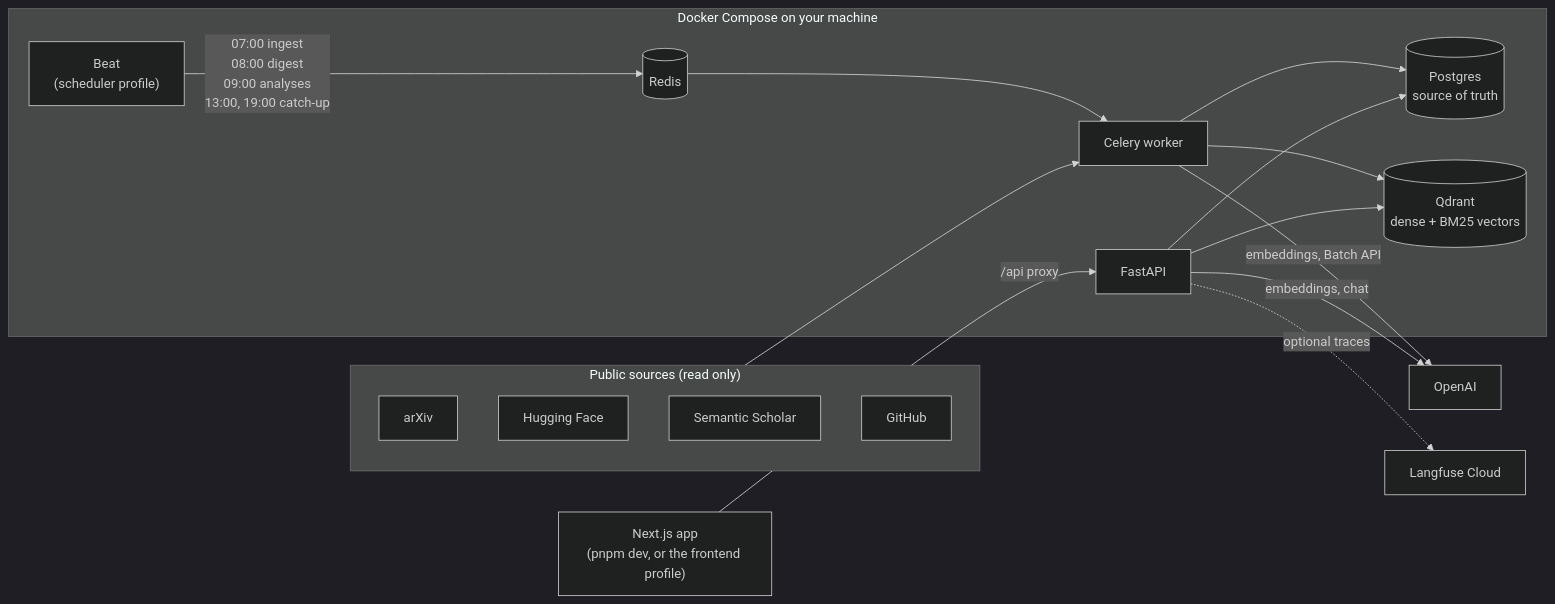
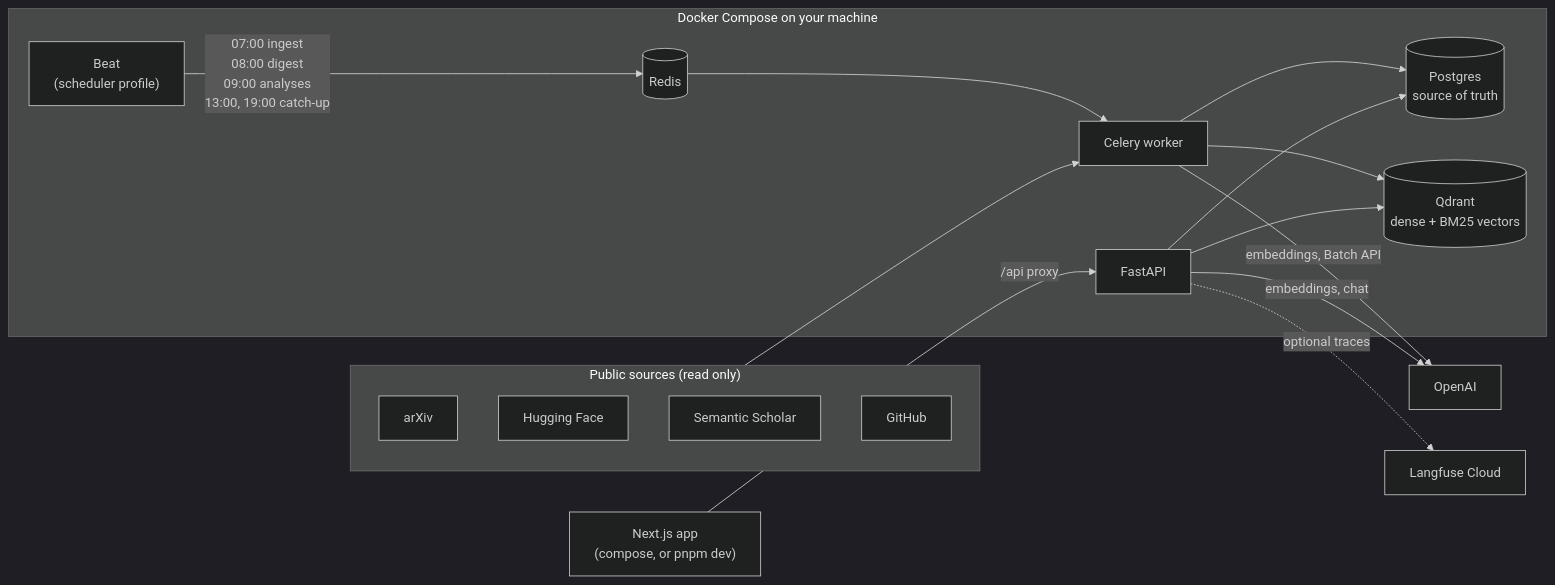
One commit to EmirSalmanDev/RAG_Research_Assistant changed the diagram in README.md. Above: the diagram before and after it, drawn with Mermaid (dark theme). The commit also changed other lines of this file and 4 other files, not shown here.

````diff
--- a/README.md
+++ b/README.md
@@ -21,22 +21,22 @@
 ```mermaid
 flowchart LR
     subgraph web["Public sources (read only)"]
         arxiv[arXiv]
         hf[Hugging Face]
         s2[Semantic Scholar]
         gh[GitHub]
     end
     subgraph stack["Docker Compose on your machine"]
         beat["Beat<br/>(scheduler profile)"] -->|07:00 ingest<br/>08:00 digest<br/>09:00 analyses<br/>13:00, 19:00 catch-up| redis[(Redis)]
         redis --> worker[Celery worker]
         worker --> pg[("Postgres<br/>source of truth")]
         worker --> qd[("Qdrant<br/>dense + BM25 vectors")]
         api[FastAPI] --> pg
         api --> qd
     end
     web --> worker
     worker -->|embeddings, Batch API| openai[OpenAI]
     api -->|embeddings, chat| openai
-    ui["Next.js app<br/>(pnpm dev, or the frontend profile)"] -->|/api proxy| api
+    ui["Next.js app<br/>(compose, or pnpm dev)"] -->|/api proxy| api
     api -.->|optional traces| lf[Langfuse Cloud]
 ```
````
